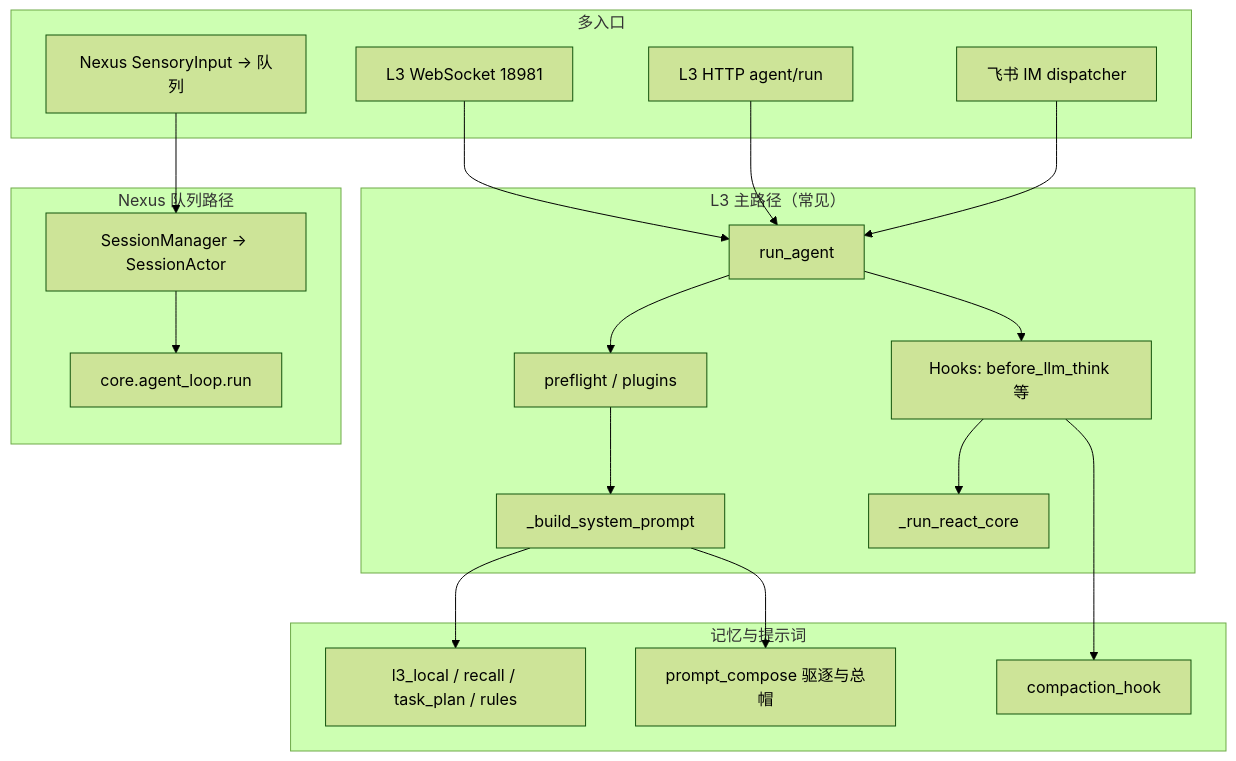
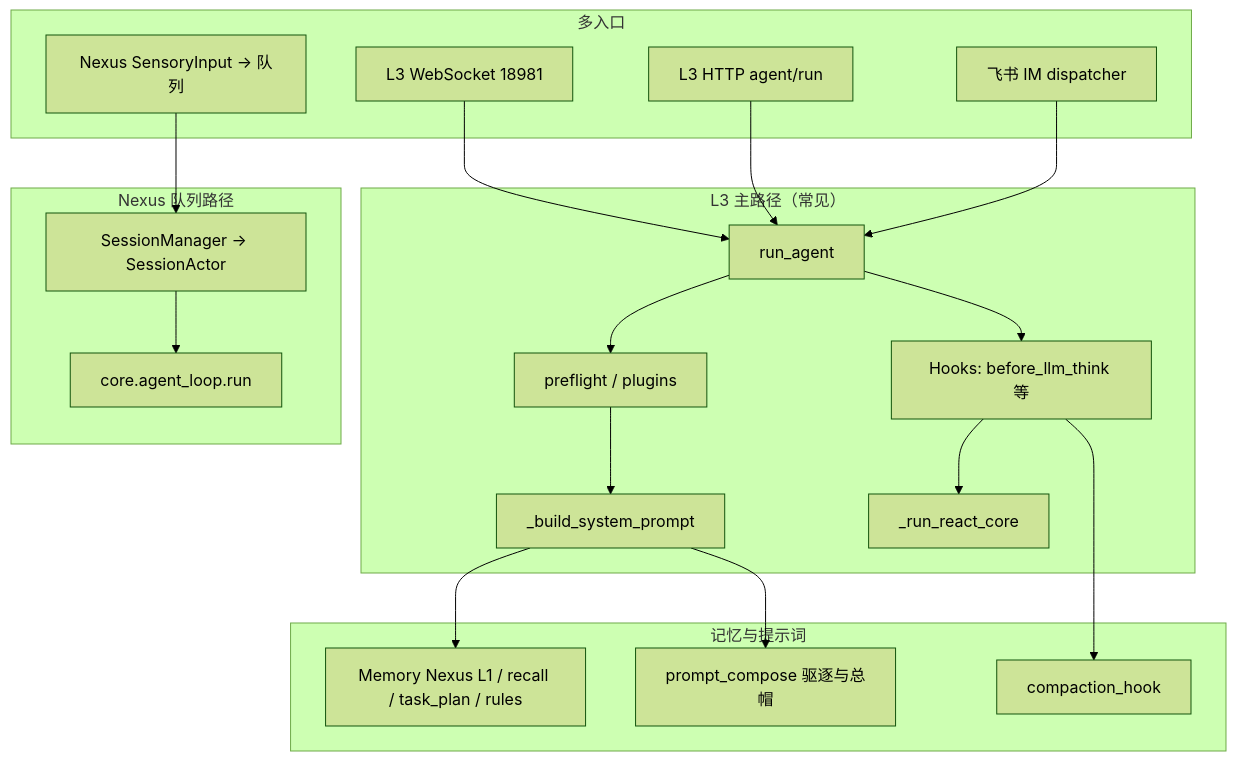
One commit to Samuel521199/jachin-system changed the diagram in docs/JACHIN_CONTEXT_MEMORY_PROMPT_SCHEDULING.md. Above: the diagram before and after it, drawn with Mermaid (forest theme). The commit also changed other lines of this file and 76 other files, not shown here.

````diff
--- a/docs/JACHIN_CONTEXT_MEMORY_PROMPT_SCHEDULING.md
+++ b/docs/JACHIN_CONTEXT_MEMORY_PROMPT_SCHEDULING.md
@@ -190,39 +194,39 @@
 ```mermaid
 flowchart TB
   subgraph inputs["多入口"]
     WS[L3 WebSocket 18981]
     HTTP[L3 HTTP agent/run]
     LARK[飞书 IM dispatcher]
     BUS[Nexus SensoryInput → 队列]
   end
 
   subgraph l3path["L3 主路径（常见）"]
     RA[run_agent]
     PF[preflight / plugins]
     SP[_build_system_prompt]
     HK[Hooks: before_llm_think 等]
     RC[_run_react_core]
   end
 
   subgraph buspath["Nexus 队列路径"]
     SM[SessionManager → SessionActor]
     AL[core.agent_loop.run]
   end
 
   subgraph memprompt["记忆与提示词"]
-    LM[l3_local / recall / task_plan / rules]
+    LM[Memory Nexus L1 / recall / task_plan / rules]
     PC[prompt_compose 驱逐与总帽]
     CP[compaction_hook]
   end
 
   WS --> RA
   HTTP --> RA
   LARK --> RA
   BUS --> SM --> AL
 
   RA --> PF --> SP
   SP --> LM
   SP --> PC
   HK --> CP
   RA --> HK --> RC
 ```
````
